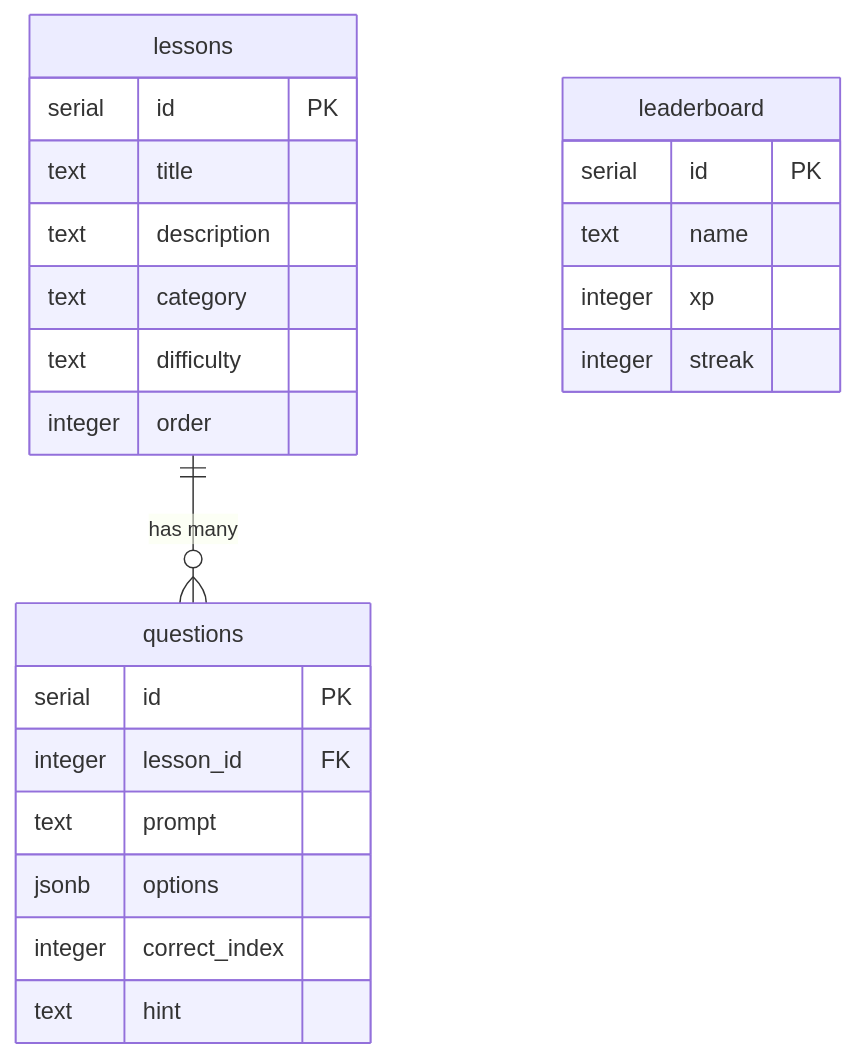
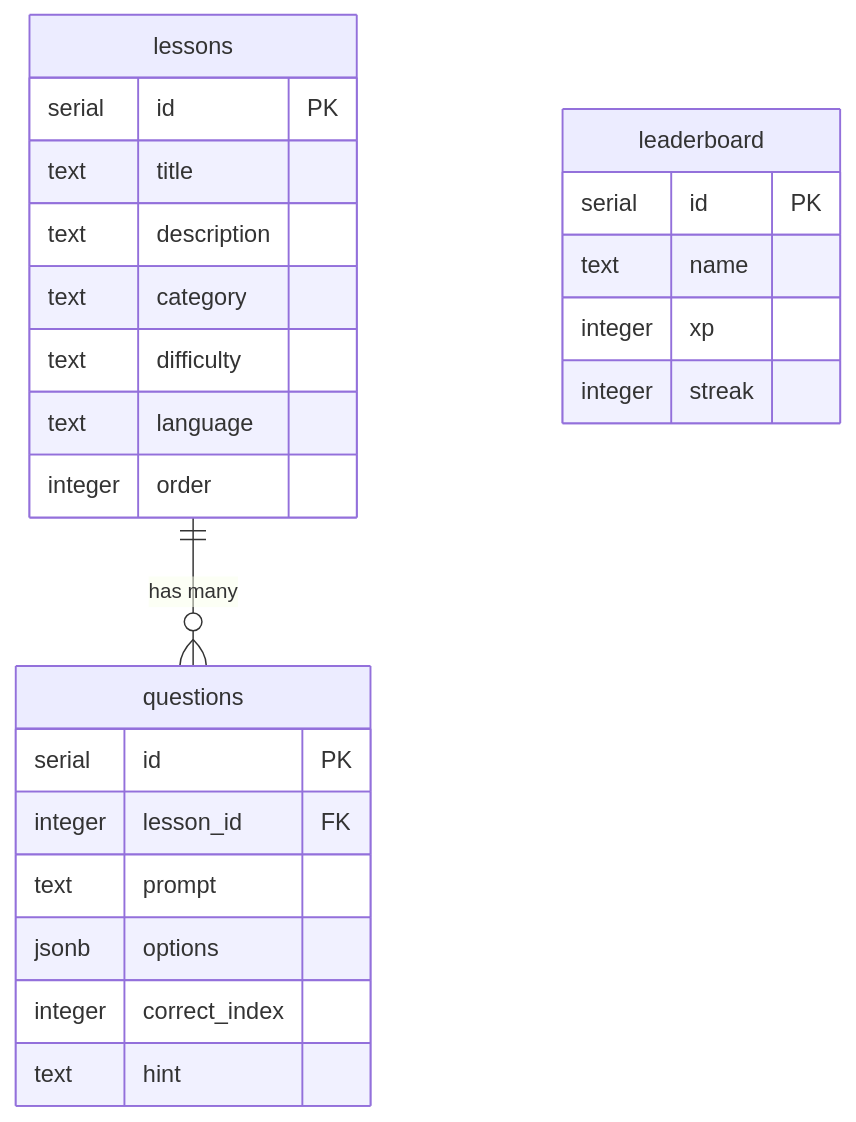
One commit to terrence-celestine/lingo changed the second of 2 diagrams in README.md. Above: the diagram before and after it, drawn with Mermaid. The commit also changed other lines of this file, not shown here.

````diff
--- a/README.md
+++ b/README.md
@@ -75,26 +78,27 @@
 ```mermaid
 erDiagram
     lessons {
         serial id PK
         text title
         text description
         text category
         text difficulty
+        text language
         integer order
     }
     questions {
         serial id PK
         integer lesson_id FK
         text prompt
         jsonb options
         integer correct_index
         text hint
     }
     leaderboard {
         serial id PK
         text name
         integer xp
         integer streak
     }
     lessons ||--o{ questions : "has many"
 ```
````
